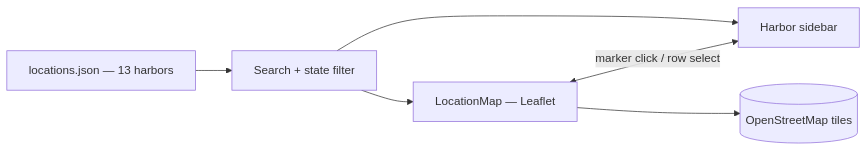
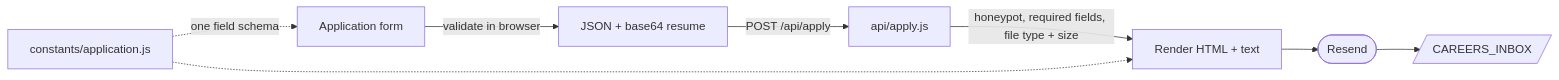
One commit to TaylorURL/hollingsheadharbor-com changed the diagram in README.md. Above: the diagram before and after it, drawn with Mermaid. The commit also changed other lines of this file and 43 other files, not shown here.

````diff
--- a/README.md
+++ b/README.md
@@ -96,8 +104,10 @@
 ```mermaid
 flowchart LR
-    J["locations.json — 13 harbors"] --> F["Search + state filter"]
-    F --> M["LocationMap — Leaflet"]
-    F --> S["Harbor sidebar"]
-    M <-->|"marker click / row select"| S
-    M --> T[("OpenStreetMap tiles")]
+    F["Application form"] -->|"validate in browser"| P["JSON + base64 resume"]
+    P -->|"POST /api/apply"| A["api/apply.js"]
+    A -->|"honeypot, required fields, file type + size"| R["Render HTML + text"]
+    R --> S(["Resend"])
+    S --> I[/"CAREERS_INBOX"/]
+    C["constants/application.js"] -.->|"one field schema"| F
+    C -.-> R
 ```
````
